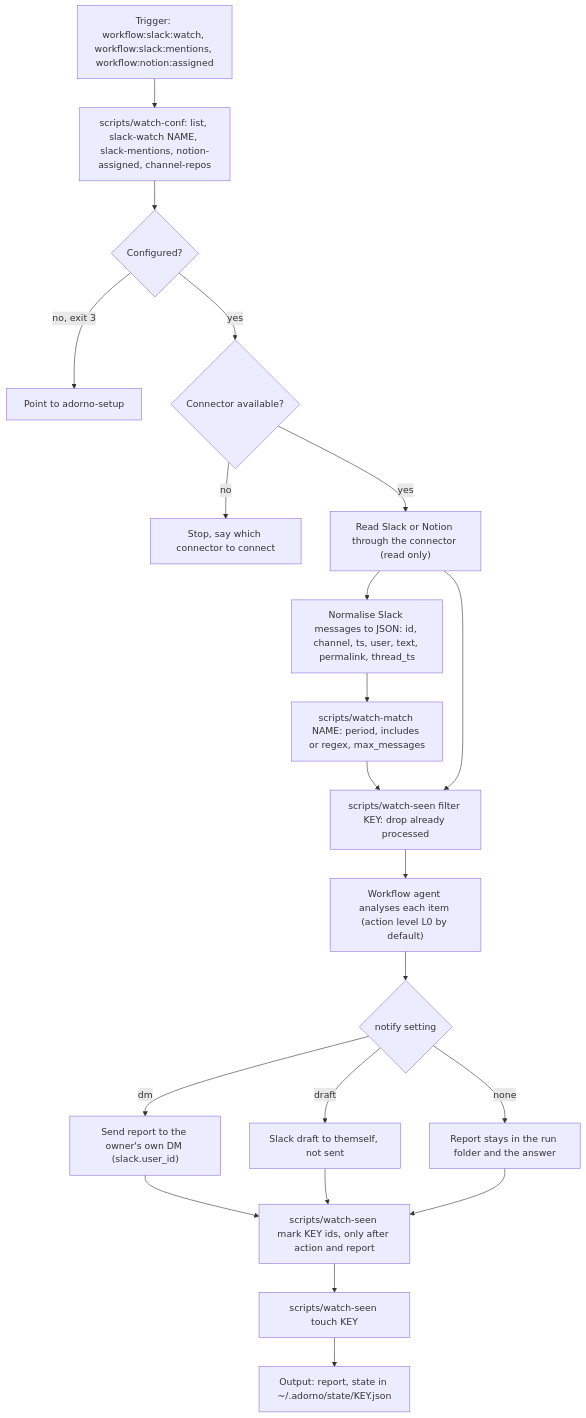
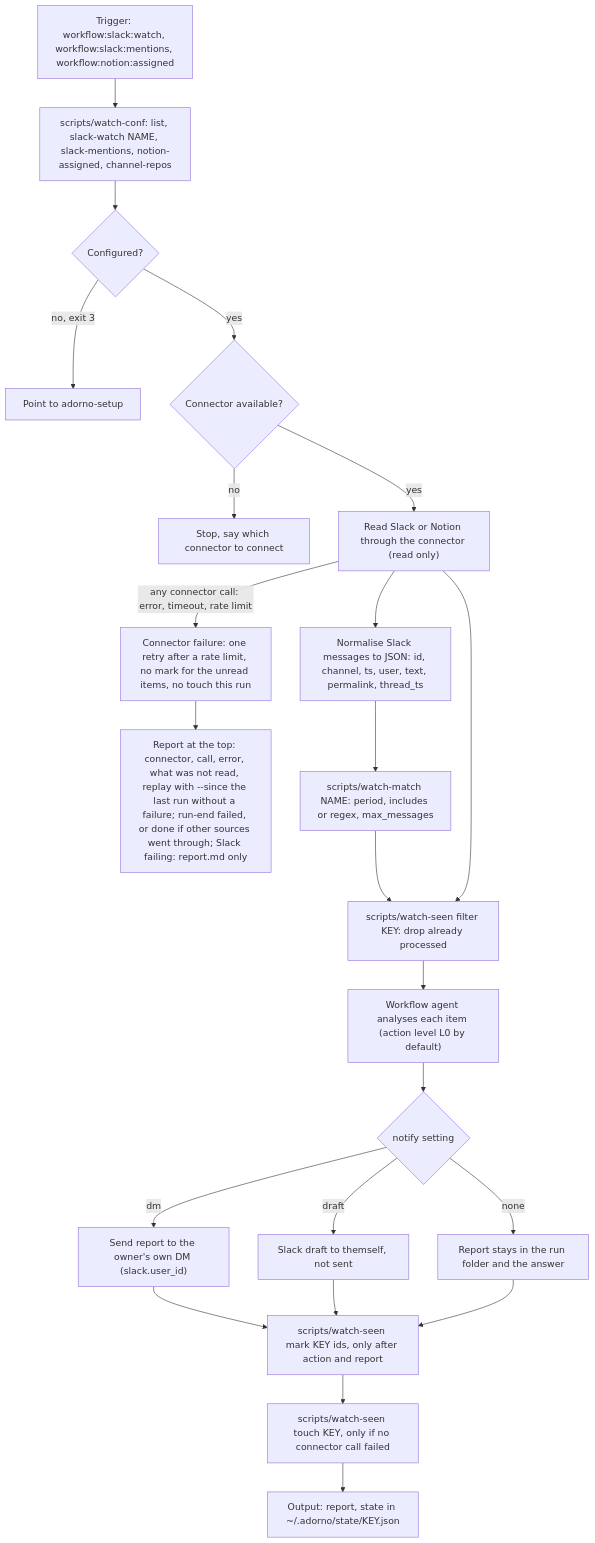
The diagram in src/skills/adorno-watch/SCHEMA.md (nicolasmondain/adorno), drawn with Mermaid before and after one commit. The commit also changed 24 other files, not shown here.

First line of the commit message:
feat(watch): connector failures, Notion trusted_authors, analyst flag (#49)

````diff
--- a/src/skills/adorno-watch/SCHEMA.md
+++ b/src/skills/adorno-watch/SCHEMA.md
@@ -3,23 +3,25 @@
 ```mermaid
 flowchart TD
   T["Trigger: workflow:slack:watch, workflow:slack:mentions, workflow:notion:assigned"] --> CF["scripts/watch-conf: list, slack-watch NAME, slack-mentions, notion-assigned, channel-repos"]
   CF --> NC{"Configured?"}
   NC -->|"no, exit 3"| SU["Point to adorno-setup"]
   NC -->|"yes"| CN{"Connector available?"}
   CN -->|"no"| STOP["Stop, say which connector to connect"]
   CN -->|"yes"| RD["Read Slack or Notion through the connector (read only)"]
+  RD -->|"any connector call: error, timeout, rate limit"| FAIL["Connector failure: one retry after a rate limit, no mark for the unread items, no touch this run"]
+  FAIL --> FR["Report at the top: connector, call, error, what was not read, replay with --since the last run without a failure; run-end failed, or done if other sources went through; Slack failing: report.md only"]
   RD --> NM["Normalise Slack messages to JSON: id, channel, ts, user, text, permalink, thread_ts"]
   NM --> WM["scripts/watch-match NAME: period, includes or regex, max_messages"]
   WM --> SF["scripts/watch-seen filter KEY: drop already processed"]
   RD --> SF
   SF --> AG["Workflow agent analyses each item (action level L0 by default)"]
   AG --> NT{"notify setting"}
   NT -->|"dm"| DM["Send report to the owner's own DM (slack.user_id)"]
   NT -->|"draft"| DF["Slack draft to themself, not sent"]
   NT -->|"none"| KP["Report stays in the run folder and the answer"]
   DM --> MK["scripts/watch-seen mark KEY ids, only after action and report"]
   DF --> MK
   KP --> MK
-  MK --> TC["scripts/watch-seen touch KEY"]
+  MK --> TC["scripts/watch-seen touch KEY, only if no connector call failed"]
   TC --> OUT["Output: report, state in ~/.adorno/state/KEY.json"]
 ```
````
